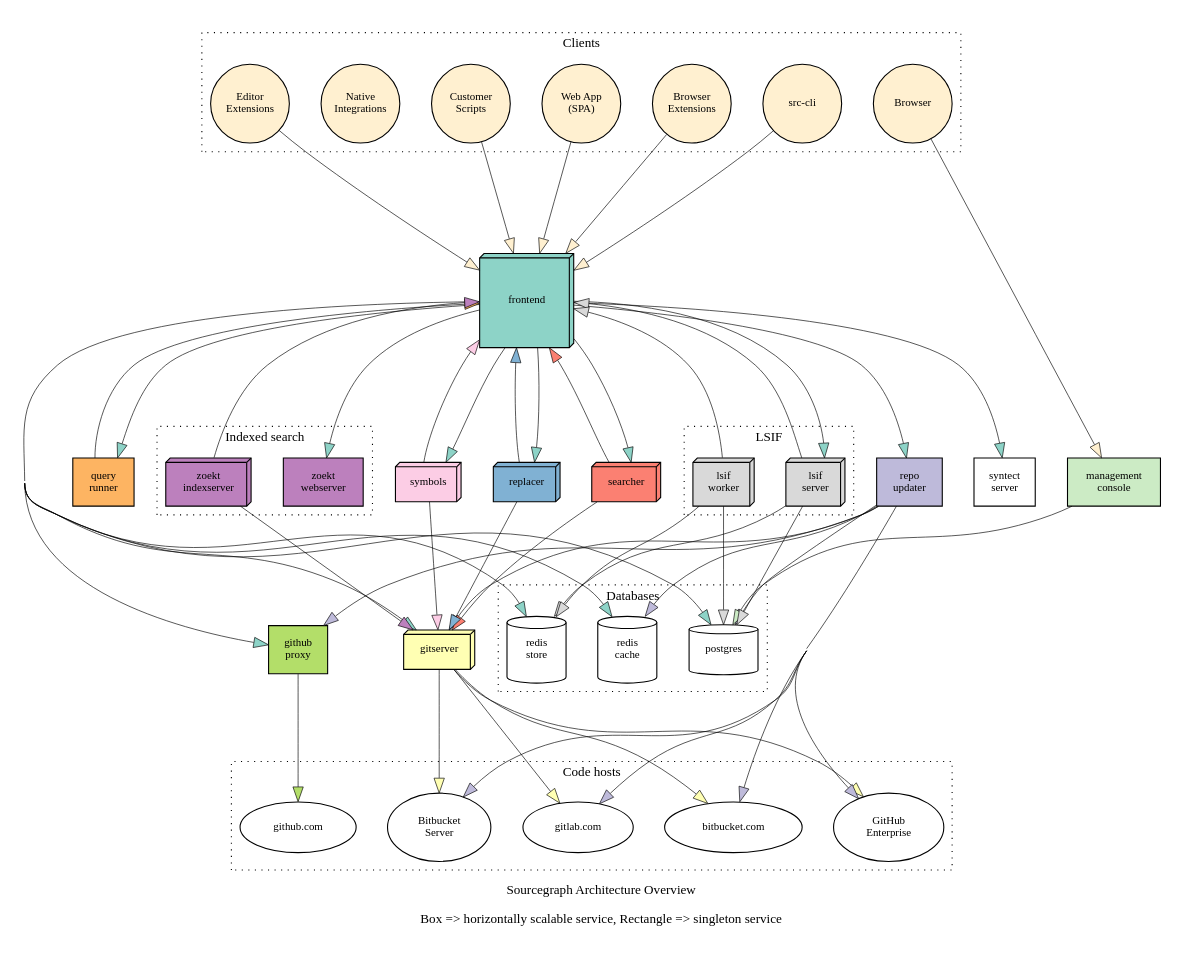
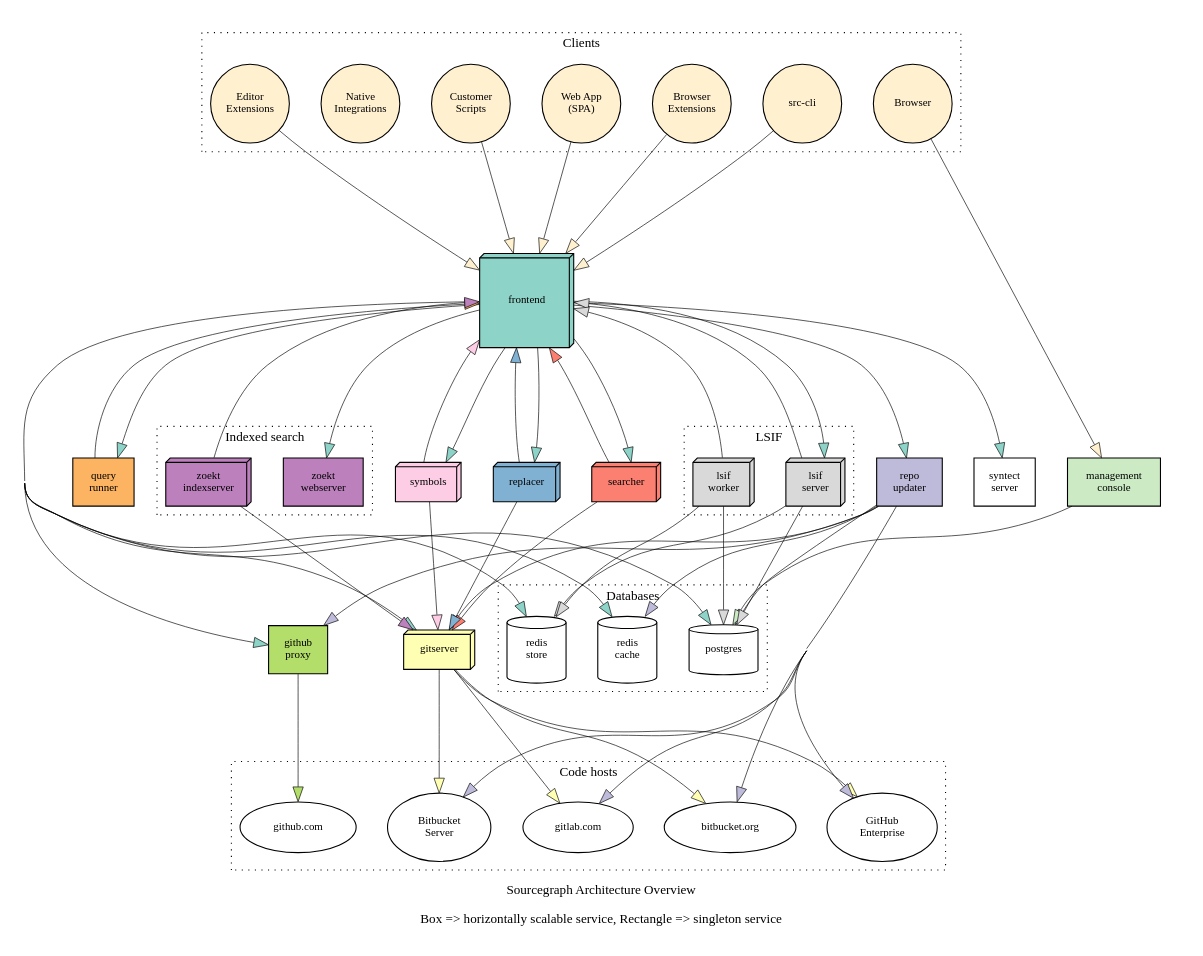
The diagram in doc/dev/architecture/architecture.dot (sourcegraph/sourcegraph-public-snapshot), drawn with Graphviz before and after one commit.

Commit message:
fixup! Final fixes

```diff
--- a/doc/dev/architecture/architecture.dot
+++ b/doc/dev/architecture/architecture.dot
@@ -1,3 +1,7 @@
+//
+// Generate SVG with: dot -Tsvg -o architecture.svg architecture.dot
+//
+
 digraph architecture {
     label="Sourcegraph Architecture Overview\n\nBox => horizontally scalable service, Rectangle => singleton service"
     rankdir=TD
@@ -147,7 +151,7 @@
 
         github_dot_com [label="github.com"]
         gitlab_dot_com [label="gitlab.com"]
-        bitbucket_cloud [label="bitbucket.com"]
+        bitbucket_cloud [label="bitbucket.org"]
         github_enterprise [label="GitHub\nEnterprise"]
         bitbucket_server [label="Bitbucket\nServer"]
     }
```
